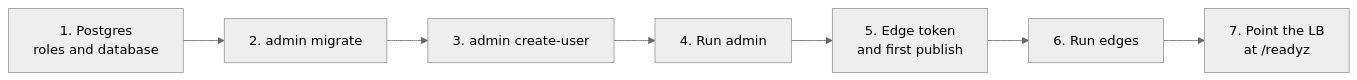
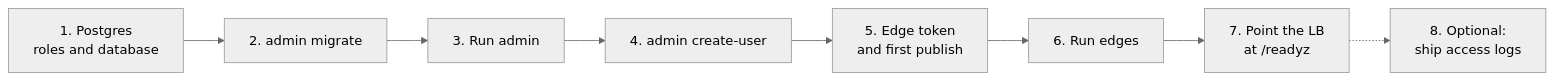
Before and after one commit to chrisleekr/edge-proxy: the second of 2 diagrams in docs/deploy/index.md, drawn with Mermaid (neutral theme). The commit also changed other lines of this file and 39 other files, not shown here.

````diff
--- a/docs/deploy/index.md
+++ b/docs/deploy/index.md
@@ -23,9 +37,10 @@
 ```mermaid
 flowchart LR
     Pg["1. Postgres<br/>roles and database"] --> Mig["2. admin migrate"]
-    Mig --> User["3. admin create-user"]
-    User --> Admin["4. Run admin"]
-    Admin --> Token["5. Edge token<br/>and first publish"]
+    Mig --> Admin["3. Run admin"]
+    Admin --> User["4. admin create-user"]
+    User --> Token["5. Edge token<br/>and first publish"]
     Token --> Edge["6. Run edges"]
     Edge --> LB["7. Point the LB<br/>at /readyz"]
+    LB -.-> Logs["8. Optional:<br/>ship access logs"]
 ```
````
